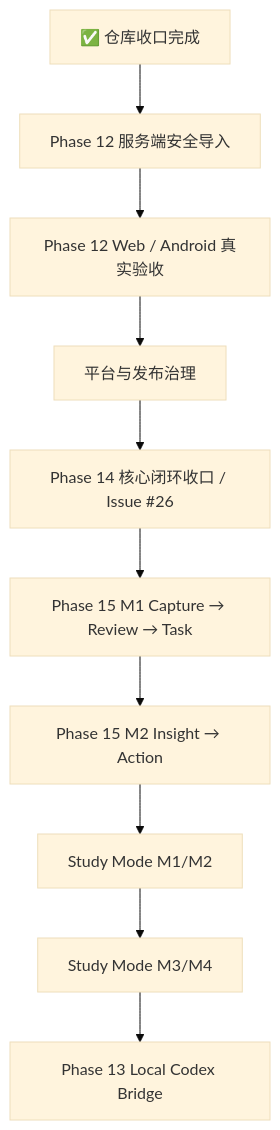
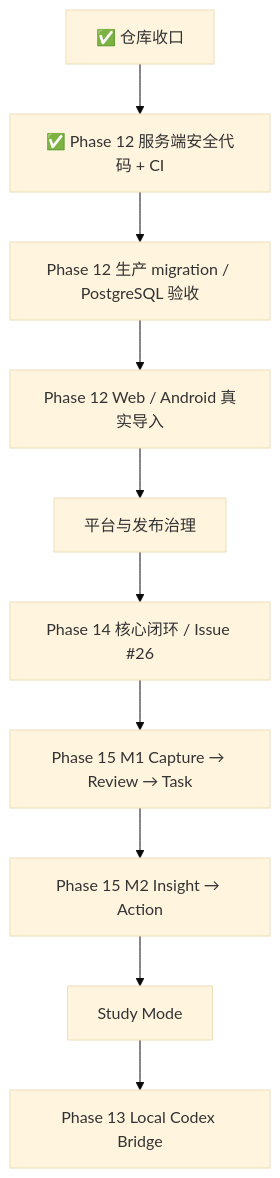
Before and after one commit to tiads031-boop/sparkflow: the second of 2 diagrams in PROJECT_BLUEPRINT.md, drawn with Mermaid (base theme). The commit also changed other lines of this file, not shown here.

Commit message:
docs: sync blueprint with Phase 12 safety milestone

````diff
--- a/PROJECT_BLUEPRINT.md
+++ b/PROJECT_BLUEPRINT.md
@@ -207,12 +215,12 @@
 ```mermaid
 flowchart TD
-    A["✅ 仓库收口完成"] --> B["Phase 12 服务端安全导入"]
-    B --> C["Phase 12 Web / Android 真实验收"]
-    C --> D["平台与发布治理"]
-    D --> E["Phase 14 核心闭环收口 / Issue #26"]
-    E --> F["Phase 15 M1 Capture → Review → Task"]
-    F --> G["Phase 15 M2 Insight → Action"]
-    G --> H["Study Mode M1/M2"]
-    H --> I["Study Mode M3/M4"]
+    A["✅ 仓库收口"] --> B["✅ Phase 12 服务端安全代码 + CI"]
+    B --> C["Phase 12 生产 migration / PostgreSQL 验收"]
+    C --> D["Phase 12 Web / Android 真实导入"]
+    D --> E["平台与发布治理"]
+    E --> F["Phase 14 核心闭环 / Issue #26"]
+    F --> G["Phase 15 M1 Capture → Review → Task"]
+    G --> H["Phase 15 M2 Insight → Action"]
+    H --> I["Study Mode"]
     I --> J["Phase 13 Local Codex Bridge"]
 ```
````
